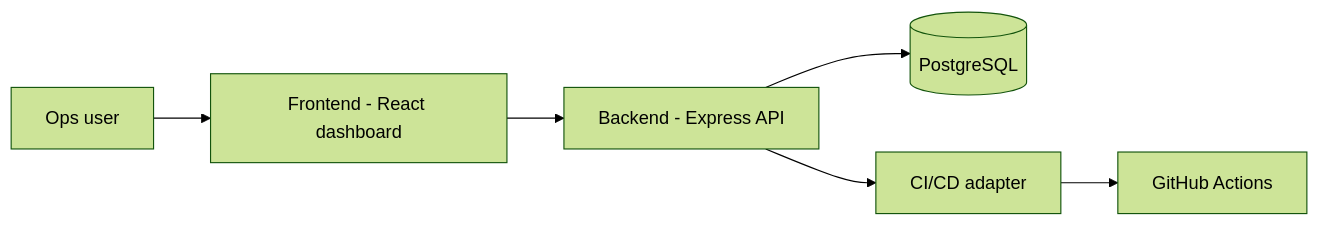
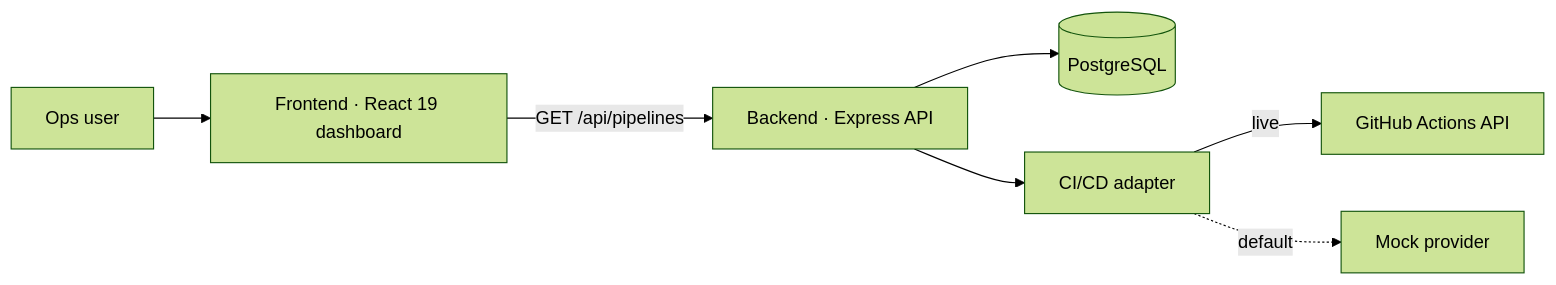
The first of 2 diagrams in docs/architecture.md (Gunashekharp/sdlc-sample-worflow), drawn with Mermaid (forest theme) before and after one commit. The commit also changed other lines of this file and 20 other files, not shown here.

````diff
--- a/docs/architecture.md
+++ b/docs/architecture.md
@@ -5,8 +7,9 @@
 ```mermaid
 graph LR
-  U[Ops user] --> F[Frontend - React dashboard]
-  F --> B[Backend - Express API]
+  U[Ops user] --> F[Frontend · React 19 dashboard]
+  F -->|GET /api/pipelines| B[Backend · Express API]
   B --> DB[(PostgreSQL)]
   B --> CI[CI/CD adapter]
-  CI --> GH[GitHub Actions]
+  CI -->|live| GH[GitHub Actions API]
+  CI -.->|default| M[Mock provider]
 ```
````
